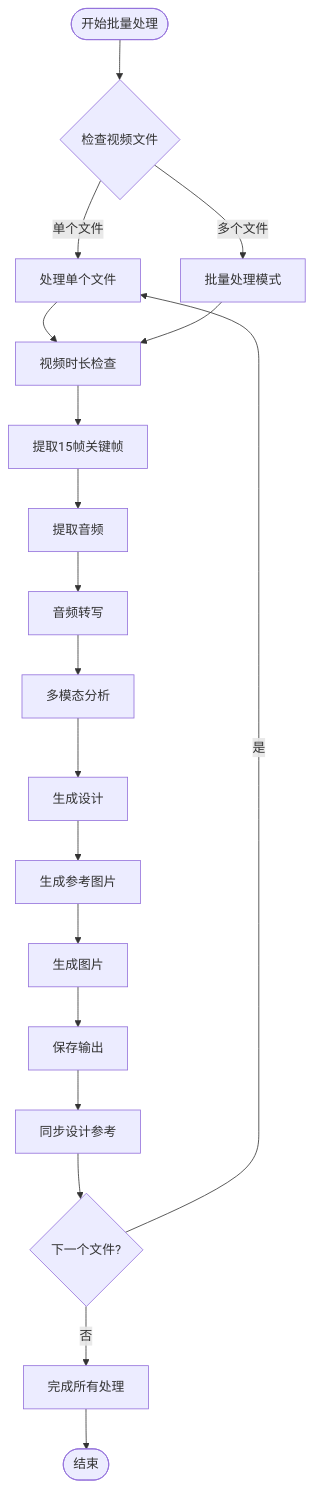
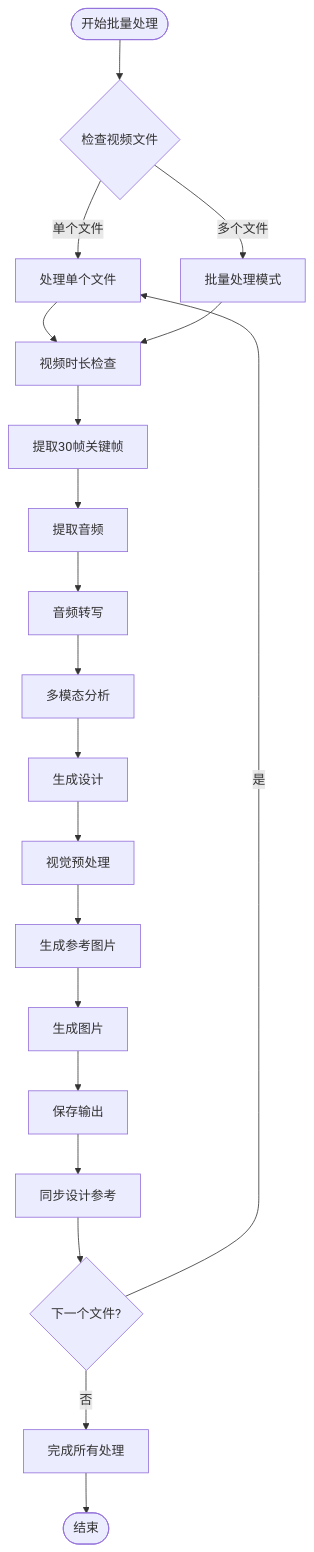
One commit to WongMingJiu/landingpage-test-hero-page changed diagram 16 of 18 in .qoder/repowiki/zh/content/配置和定制/配置和定制.md. Above: the diagram before and after it, drawn with Mermaid. The commit also changed other lines of this file and 7 other files, not shown here.

````diff
--- a/.qoder/repowiki/zh/content/配置和定制/配置和定制.md
+++ b/.qoder/repowiki/zh/content/配置和定制/配置和定制.md
@@ -604,21 +713,22 @@
 ```mermaid
 flowchart TD
 Start([开始批量处理]) --> CheckFiles{检查视频文件}
 CheckFiles --> |单个文件| ProcessSingle[处理单个文件]
 CheckFiles --> |多个文件| ProcessBatch[批量处理模式]
 ProcessSingle --> VideoCheck[视频时长检查]
 ProcessBatch --> VideoCheck
-VideoCheck --> ExtractFrames[提取15帧关键帧]
+VideoCheck --> ExtractFrames[提取30帧关键帧]
 ExtractFrames --> ExtractAudio[提取音频]
 ExtractAudio --> Transcribe[音频转写]
 Transcribe --> Analyze[多模态分析]
 Analyze --> Generate[生成设计]
-Generate --> GenerateRef[生成参考图片]
+Generate --> VisualPreprocess[视觉预处理]
+VisualPreprocess --> GenerateRef[生成参考图片]
 GenerateRef --> GenerateImage[生成图片]
 GenerateImage --> SaveOutput[保存输出]
 SaveOutput --> SyncRefer[同步设计参考]
 SyncRefer --> NextFile{下一个文件?}
 NextFile --> |是| ProcessSingle
 NextFile --> |否| Complete[完成所有处理]
 Complete --> End([结束])
 ```
````
